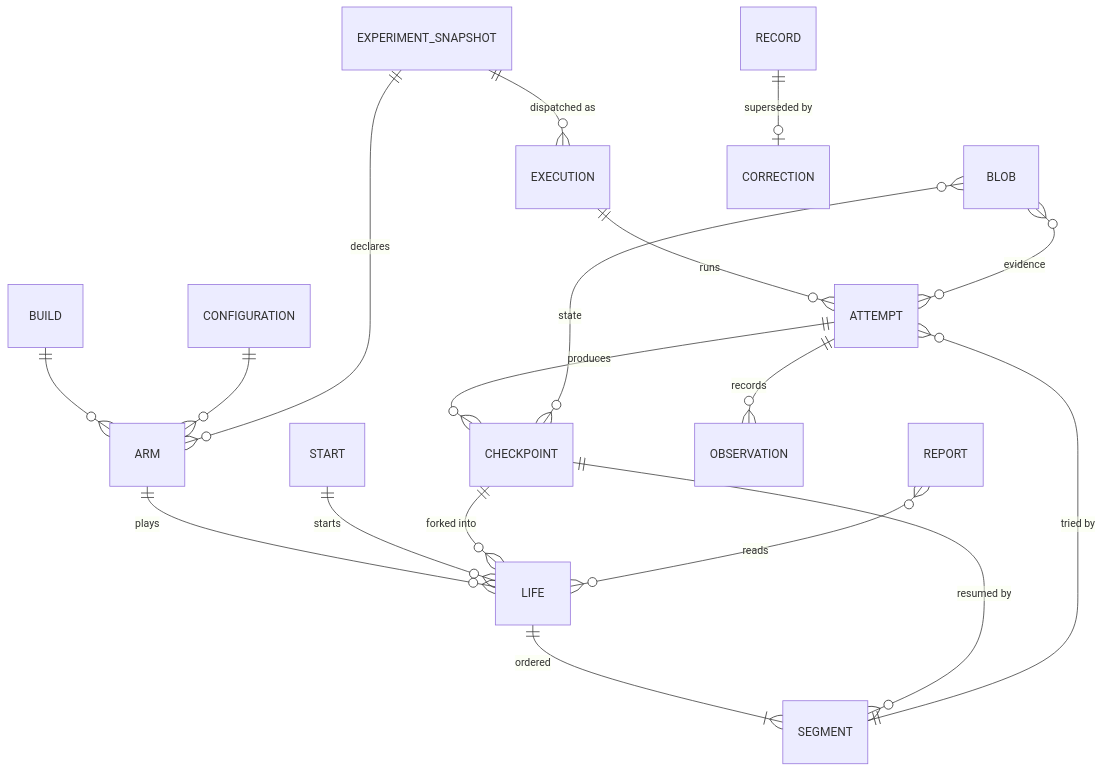
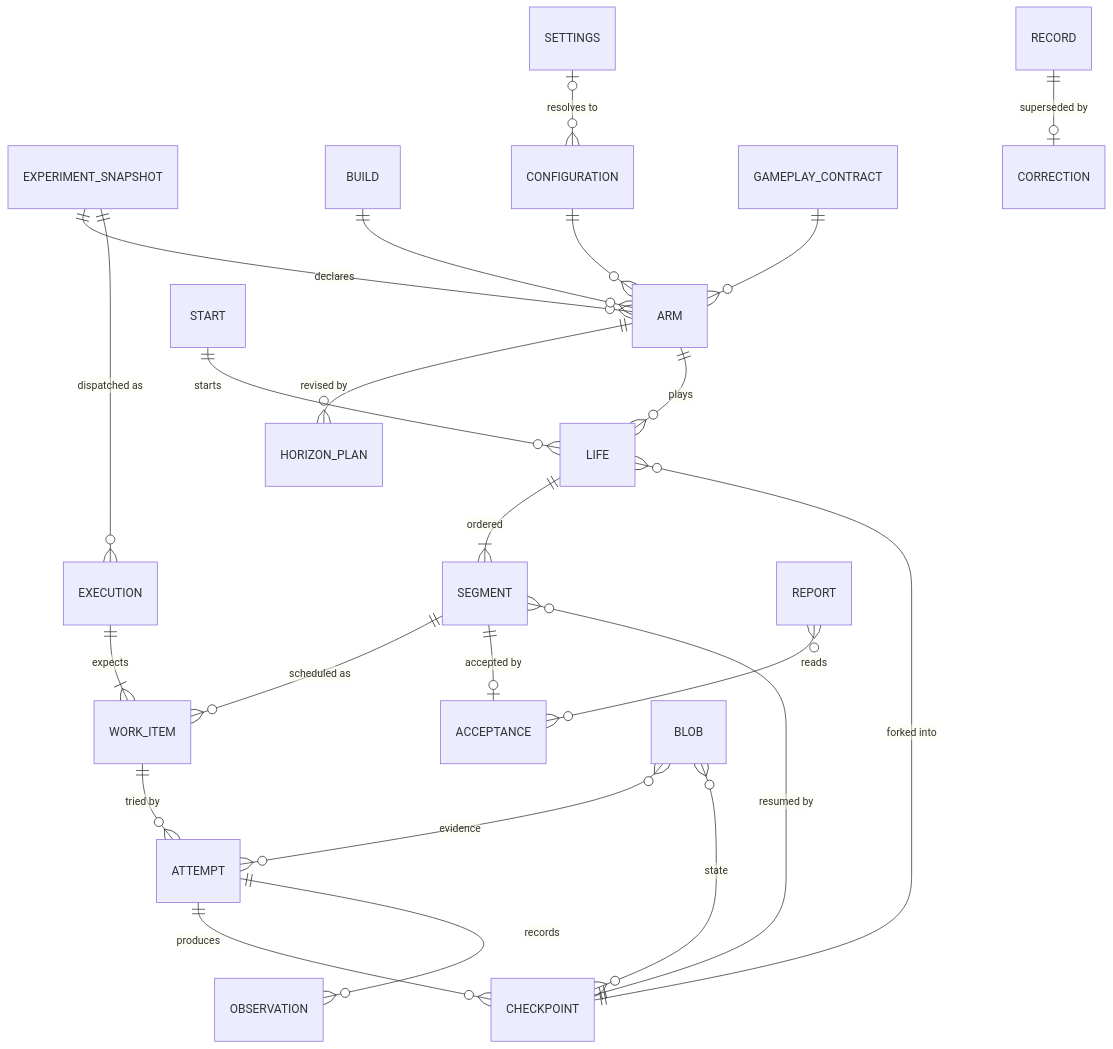
One commit to diegoami/borg-zoo changed the diagram in docs/data-foundation/ARCHITECTURE.md. Above: the diagram before and after it, drawn with Mermaid. The commit also changed other lines of this file and 6 other files, not shown here.

````diff
--- a/docs/data-foundation/ARCHITECTURE.md
+++ b/docs/data-foundation/ARCHITECTURE.md
@@ -31,20 +31,25 @@
 ```mermaid
 erDiagram
-    EXPERIMENT_SNAPSHOT ||--o{ EXECUTION : "dispatched as"
-    EXECUTION ||--o{ ATTEMPT : "runs"
+    EXPERIMENT_SNAPSHOT ||--o{ ARM : "declares"
     BUILD ||--o{ ARM : ""
     CONFIGURATION ||--o{ ARM : ""
-    EXPERIMENT_SNAPSHOT ||--o{ ARM : "declares"
+    SETTINGS |o--o{ CONFIGURATION : "resolves to"
+    GAMEPLAY_CONTRACT ||--o{ ARM : ""
+    ARM ||--o{ HORIZON_PLAN : "revised by"
+    EXPERIMENT_SNAPSHOT ||--o{ EXECUTION : "dispatched as"
+    EXECUTION ||--|{ WORK_ITEM : "expects"
     ARM ||--o{ LIFE : "plays"
     START ||--o{ LIFE : "starts"
     LIFE ||--|{ SEGMENT : "ordered"
-    SEGMENT ||--o{ ATTEMPT : "tried by"
+    WORK_ITEM ||--o{ ATTEMPT : "tried by"
+    SEGMENT ||--o{ WORK_ITEM : "scheduled as"
+    SEGMENT ||--o| ACCEPTANCE : "accepted by"
     ATTEMPT ||--o{ CHECKPOINT : "produces"
     CHECKPOINT ||--o{ SEGMENT : "resumed by"
     CHECKPOINT ||--o{ LIFE : "forked into"
     ATTEMPT ||--o{ OBSERVATION : "records"
     BLOB }o--o{ ATTEMPT : "evidence"
     BLOB }o--o{ CHECKPOINT : "state"
-    REPORT }o--o{ LIFE : "reads"
+    REPORT }o--o{ ACCEPTANCE : "reads"
     RECORD ||--o| CORRECTION : "superseded by"
 ```
````
